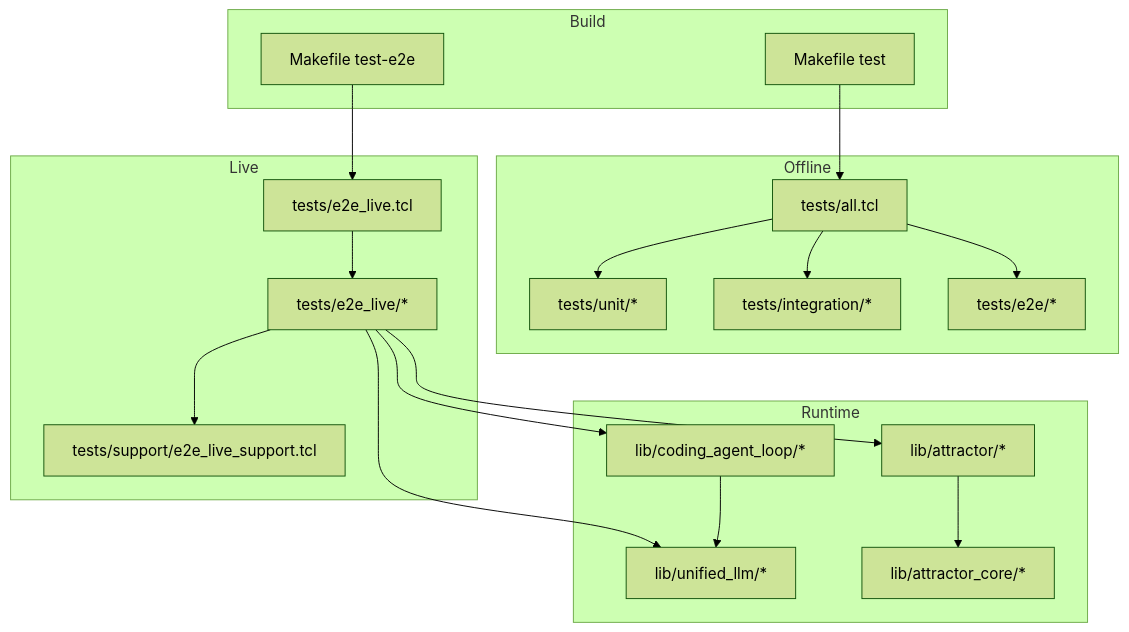
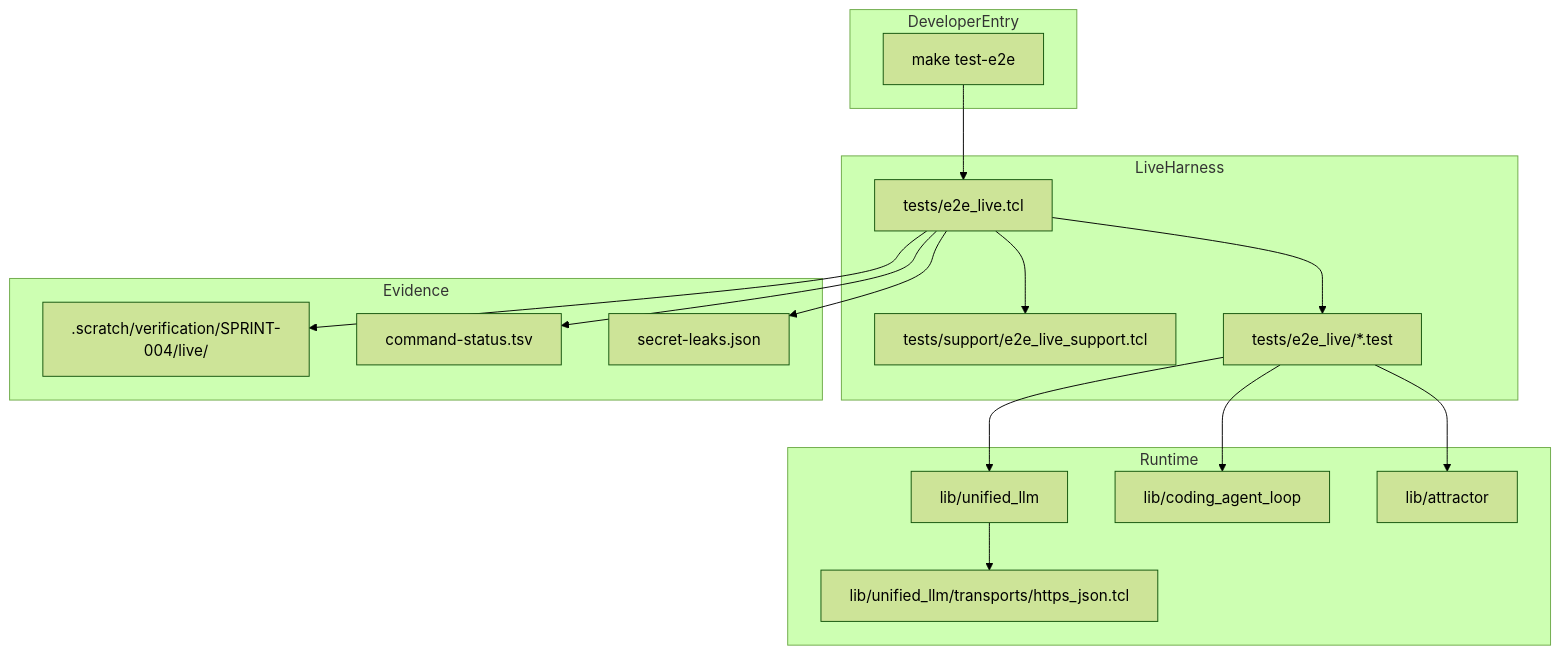
One commit to jaytaylor/attractor-tcl changed the fifth of 5 diagrams in docs/sprints/SPRINT-004-comprehensive-implementation-plan.md. Above: the diagram before and after it, drawn with Mermaid (forest theme). The commit also changed other lines of this file, not shown here.

Commit message:
docs: sync sprint 004 comprehensive plan with implementation evidence

````diff
--- a/docs/sprints/SPRINT-004-comprehensive-implementation-plan.md
+++ b/docs/sprints/SPRINT-004-comprehensive-implementation-plan.md
@@ -2671,41 +1204,36 @@
 ```mermaid
 flowchart TB
-  subgraph Build
-    M1[Makefile test]
-    M2[Makefile test-e2e]
+  subgraph DeveloperEntry
+    MAKEE2E[make test-e2e]
   end
 
-  subgraph Offline
-    TALL[tests/all.tcl]
-    TUNIT[tests/unit/*]
-    TINT[tests/integration/*]
-    TE2E[tests/e2e/*]
-  end
-
-  subgraph Live
-    TLIVE[tests/e2e_live.tcl]
-    TSUPPORT[tests/support/e2e_live_support.tcl]
-    TLIVETESTS[tests/e2e_live/*]
+  subgraph LiveHarness
+    HARNESS[tests/e2e_live.tcl]
+    SUPPORT[tests/support/e2e_live_support.tcl]
+    LIVECASES[tests/e2e_live/*.test]
   end
 
   subgraph Runtime
-    ULLM[lib/unified_llm/*]
-    CAL[lib/coding_agent_loop/*]
-    ATR[lib/attractor/*]
-    CORE[lib/attractor_core/*]
+    ULLM[lib/unified_llm]
+    TRANSPORT[lib/unified_llm/transports/https_json.tcl]
+    CAL[lib/coding_agent_loop]
+    ATTRACTOR[lib/attractor]
   end
 
-  M1 --> TALL
-  TALL --> TUNIT
-  TALL --> TINT
-  TALL --> TE2E
+  subgraph Evidence
+    RUNROOT[.scratch/verification/SPRINT-004/live/<run_id>]
+    LEDGER[command-status.tsv]
+    LEAKREPORT[secret-leaks.json]
+  end
 
-  M2 --> TLIVE
-  TLIVE --> TLIVETESTS
-  TLIVETESTS --> TSUPPORT
-  TLIVETESTS --> ULLM
-  TLIVETESTS --> CAL
-  TLIVETESTS --> ATR
-  ATR --> CORE
-  CAL --> ULLM
+  MAKEE2E --> HARNESS
+  HARNESS --> SUPPORT
+  HARNESS --> LIVECASES
+  LIVECASES --> ULLM
+  LIVECASES --> CAL
+  LIVECASES --> ATTRACTOR
+  ULLM --> TRANSPORT
+  HARNESS --> RUNROOT
+  HARNESS --> LEDGER
+  HARNESS --> LEAKREPORT
 ```
````
